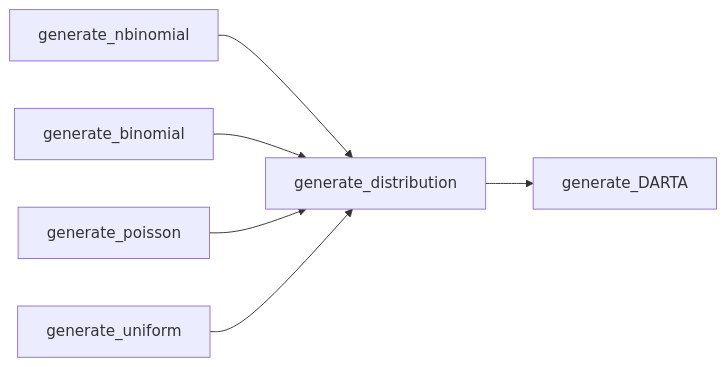
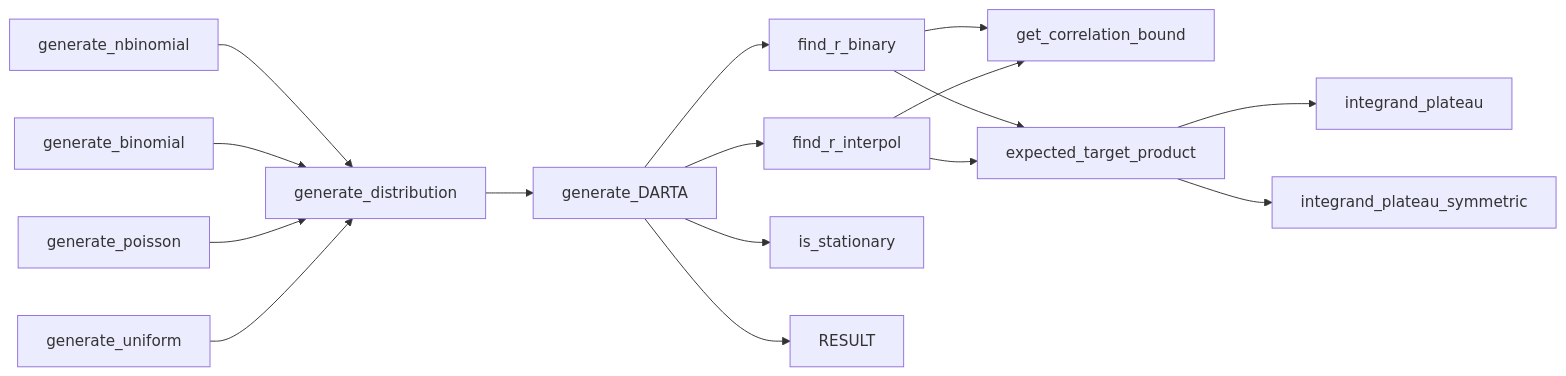
Before and after one commit to lsinfo3/DARTA: the diagram in README.md, drawn with Mermaid. The commit also changed other lines of this file, not shown here.

Commit message:
Update README.md
Add program flow diagram

````diff
--- a/README.md
+++ b/README.md
@@ -84,10 +89,19 @@
 ```mermaid
 graph LR
 
 A[generate_nbinomial] -->E[generate_distribution]
 B[generate_binomial] -->E
 C[generate_poisson] -->E
 D[generate_uniform] -->E
 E --> F[generate_DARTA]
-
+F --> G[find_r_binary]
+G --> I[get_correlation_bound]
+H --> I
+F --> H[find_r_interpol]
+G --> J[expected_target_product]
+H --> J
+J --> K[integrand_plateau]
+J --> L[integrand_plateau_symmetric]
+F --> M[is_stationary]
+F --> Z[RESULT]
 ```
````
